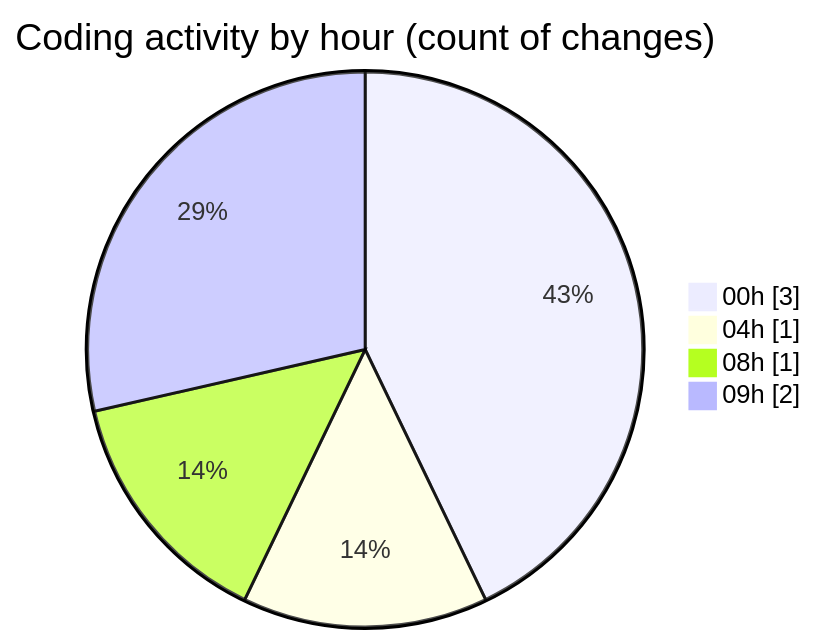
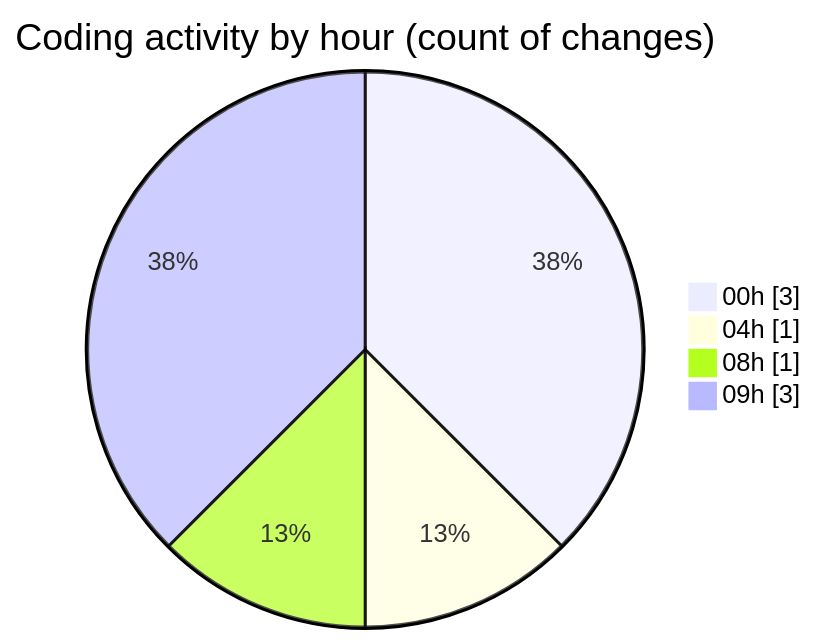
The second of 2 diagrams in 2026-02-03/singularitybrainai/README.md (tmsrecording-cyber/code-tracking), drawn with Mermaid before and after one commit. The commit also changed other lines of this file and 1 other file, not shown here.

````diff
--- a/2026-02-03/singularitybrainai/README.md
+++ b/2026-02-03/singularitybrainai/README.md
@@ -29,8 +29,8 @@
 ```mermaid
 pie showData
 title Coding activity by hour (count of changes)
 "00h" : 3
 "04h" : 1
 "08h" : 1
-"09h" : 2
+"09h" : 3
 ```
````
